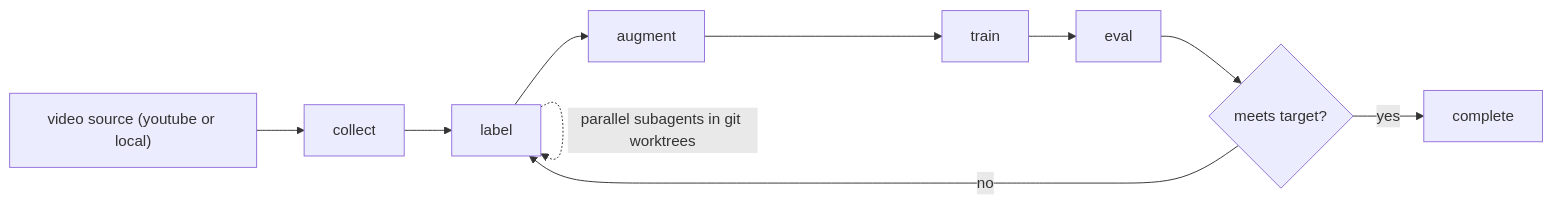
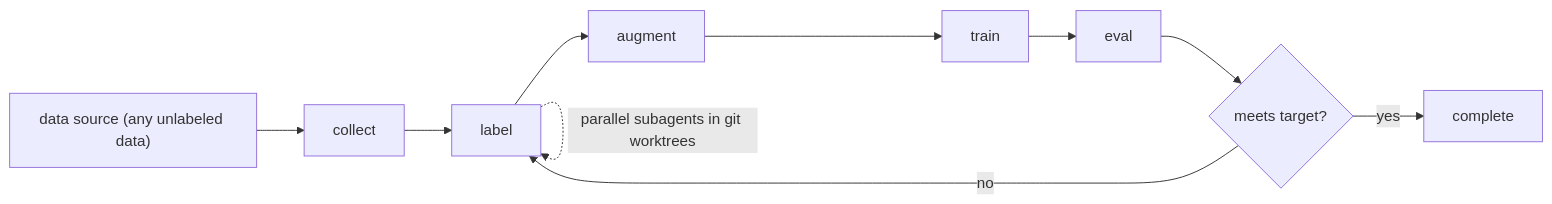
The diagram in README.md (qtzx06/yolodex), drawn with Mermaid before and after one commit. The commit also changed other lines of this file, not shown here.

Commit message:
docs: broaden readme to any unlabeled data, update examples

````diff
--- a/README.md
+++ b/README.md
@@ -23,12 +23,12 @@
 ```mermaid
 flowchart LR
-  A["video source (youtube or local)"] --> B["collect"]
+  A["data source (any unlabeled data)"] --> B["collect"]
   B --> C["label"]
   C --> D["augment"]
   D --> E["train"]
   E --> F["eval"]
   C -. "parallel subagents in git worktrees" .-> C
   F --> G{"meets target?"}
   G -- "no" --> C
   G -- "yes" --> H["complete"]
 ```
````
